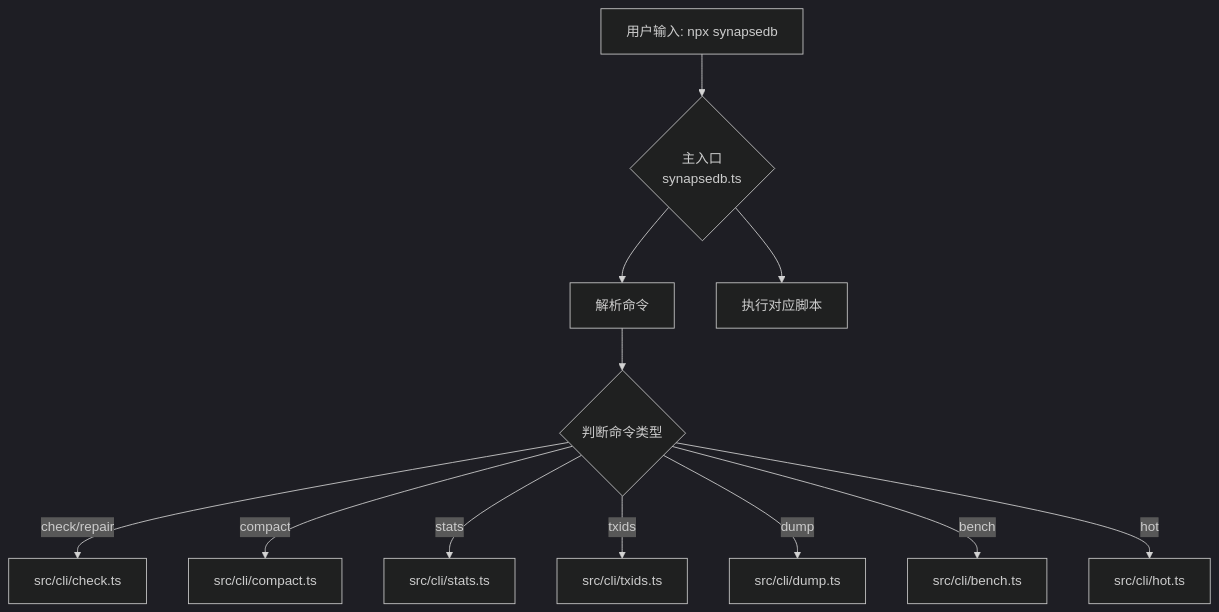
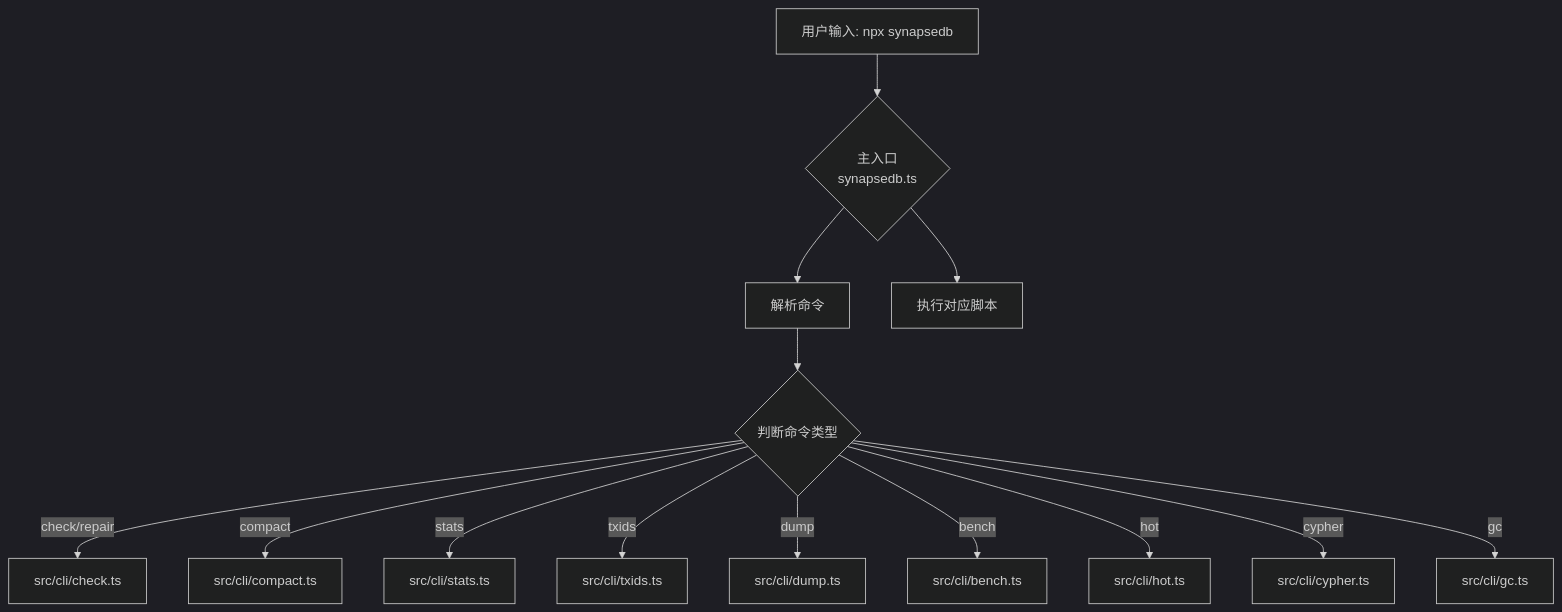
The diagram in .qoder/repowiki/zh/content/命令行工具/命令行工具.md (LuQing-Studio/nervusdb), drawn with Mermaid (dark theme) before and after one commit. The commit also changed other lines of this file and 50 other files, not shown here.

````diff
--- a/.qoder/repowiki/zh/content/命令行工具/命令行工具.md
+++ b/.qoder/repowiki/zh/content/命令行工具/命令行工具.md
@@ -34,14 +46,16 @@
 ```mermaid
 graph TD
 A["用户输入: npx synapsedb <command>"] --> B{主入口<br/>synapsedb.ts}
 B --> C[解析命令]
 C --> D{判断命令类型}
 D --> |check/repair| E[src/cli/check.ts]
 D --> |compact| F[src/cli/compact.ts]
 D --> |stats| G[src/cli/stats.ts]
 D --> |txids| H[src/cli/txids.ts]
 D --> |dump| I[src/cli/dump.ts]
 D --> |bench| J[src/cli/bench.ts]
 D --> |hot| K[src/cli/hot.ts]
-B --> L[执行对应脚本]
+D --> |cypher| L[src/cli/cypher.ts]
+D --> |gc| M[src/cli/gc.ts]
+B --> N[执行对应脚本]
 ```
````
